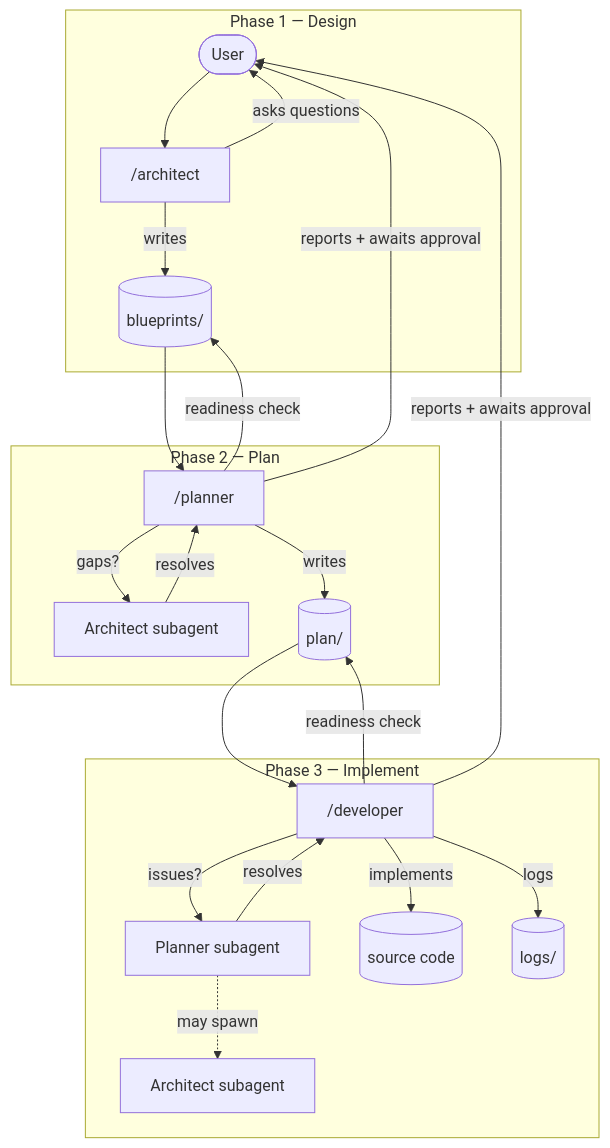
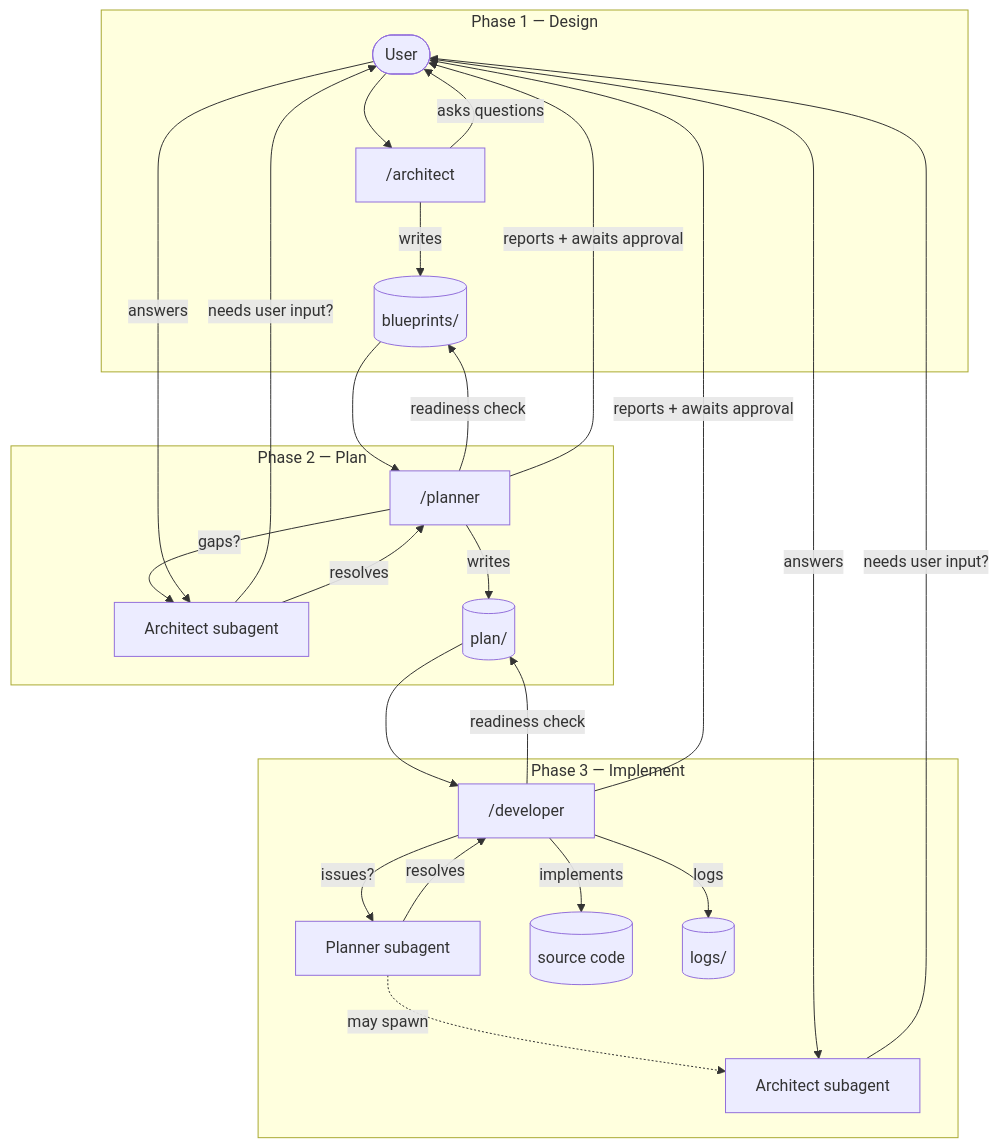
Before and after one commit to luca-nik/agentic-dev-workflow: the diagram in README.md, drawn with Mermaid. The commit also changed other lines of this file, not shown here.

First line of the commit message:
Update README: Architect subagent can ask user when needed

````diff
--- a/README.md
+++ b/README.md
@@ -23,33 +23,37 @@
 ```mermaid
 flowchart TD
     U([User]) --> A
 
     subgraph DESIGN ["Phase 1 — Design"]
         A["/architect"]
         A -- asks questions --> U
         A -- writes --> BP[(blueprints/)]
     end
 
     subgraph PLAN ["Phase 2 — Plan"]
         P["/planner"]
         P -- readiness check --> BP
         P -- gaps? --> AS[Architect subagent]
+        AS -- needs user input? --> U
+        U -- answers --> AS
         AS -- resolves --> P
         P -- reports + awaits approval --> U
         P -- writes --> PL[(plan/)]
     end
 
     subgraph IMPLEMENT ["Phase 3 — Implement"]
         D["/developer"]
         D -- readiness check --> PL
         D -- issues? --> PS[Planner subagent]
         PS -. may spawn .-> AS2[Architect subagent]
+        AS2 -- needs user input? --> U
+        U -- answers --> AS2
         PS -- resolves --> D
         D -- reports + awaits approval --> U
         D -- implements --> CODE[(source code)]
         D -- logs --> LG[(logs/)]
     end
 
     BP --> P
     PL --> D
 ```
````
